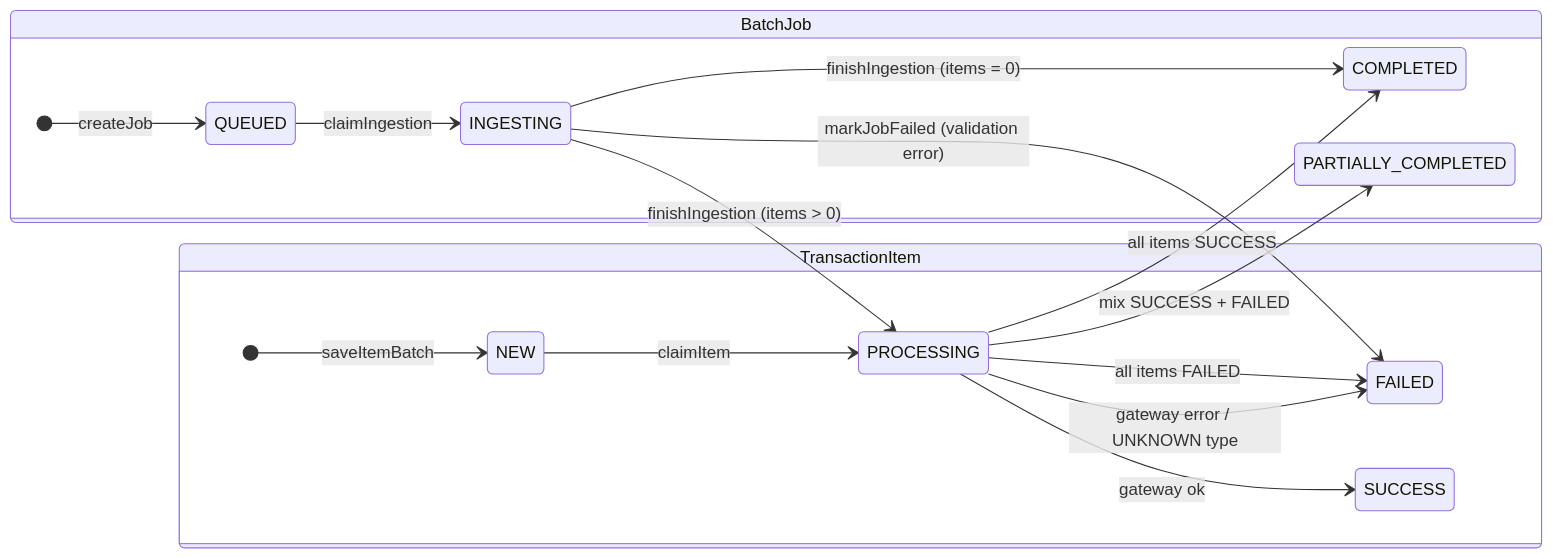
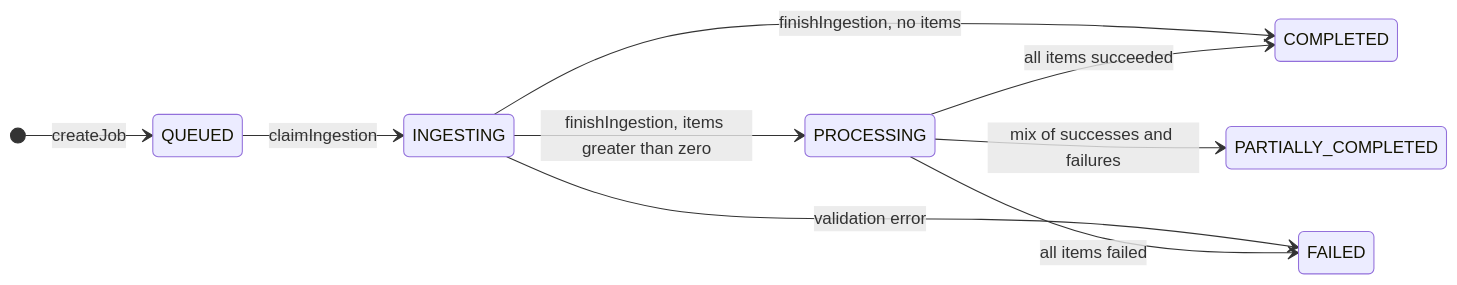
Before and after one commit to edovirgolim/payment-reprocessing-api-showcase: the sixth of 7 diagrams in ARCHITECTURE.md, drawn with Mermaid. The commit also changed other lines of this file and 1 other file, not shown here.

Commit message:
Updated README and ARCHITECTURE files

````diff
--- a/ARCHITECTURE.md
+++ b/ARCHITECTURE.md
@@ -318,22 +352,12 @@
 ```mermaid
 stateDiagram-v2
     direction LR
-
-    state "BatchJob" as JOB {
-        [*] --> QUEUED      : createJob
-        QUEUED --> INGESTING : claimIngestion
-        INGESTING --> PROCESSING : finishIngestion (items > 0)
-        INGESTING --> COMPLETED  : finishIngestion (items = 0)
-        INGESTING --> FAILED     : markJobFailed (validation error)
-        PROCESSING --> COMPLETED          : all items SUCCESS
-        PROCESSING --> PARTIALLY_COMPLETED : mix SUCCESS + FAILED
-        PROCESSING --> FAILED             : all items FAILED
-    }
-
-    state "TransactionItem" as ITEM {
-        [*] --> NEW        : saveItemBatch
-        NEW --> PROCESSING  : claimItem
-        PROCESSING --> SUCCESS : gateway ok
-        PROCESSING --> FAILED  : gateway error / UNKNOWN type
-    }
+    [*] --> QUEUED : createJob
+    QUEUED --> INGESTING : claimIngestion
+    INGESTING --> PROCESSING : finishIngestion, items greater than zero
+    INGESTING --> COMPLETED : finishIngestion, no items
+    INGESTING --> FAILED : validation error
+    PROCESSING --> COMPLETED : all items succeeded
+    PROCESSING --> PARTIALLY_COMPLETED : mix of successes and failures
+    PROCESSING --> FAILED : all items failed
 ```
````
